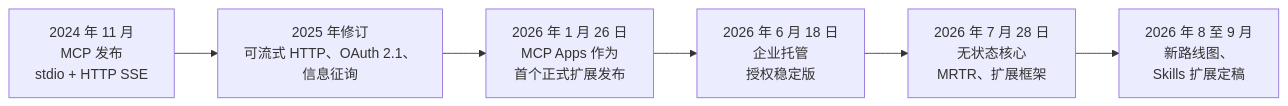
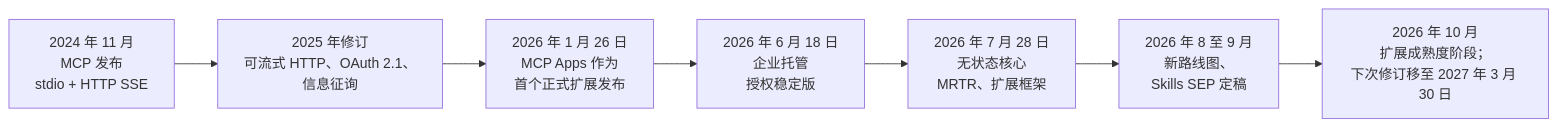
Before and after one commit to ChiHoc/ai-system-design-guide-zh: the first of 5 diagrams in 07-agentic-systems/03-tool-use-and-mcp.md, drawn with Mermaid. The commit also changed other lines of this file and 112 other files, not shown here.

````diff
--- a/07-agentic-systems/03-tool-use-and-mcp.md
+++ b/07-agentic-systems/03-tool-use-and-mcp.md
@@ -137,8 +138,9 @@
 ```mermaid
 flowchart LR
     A[2024 年 11 月<br>MCP 发布<br>stdio + HTTP SSE] --> B[2025 年修订<br>可流式 HTTP、OAuth 2.1、<br>信息征询]
     B --> C[2026 年 1 月 26 日<br>MCP Apps 作为<br>首个正式扩展发布]
     C --> D[2026 年 6 月 18 日<br>企业托管<br>授权稳定版]
     D --> E[2026 年 7 月 28 日<br>无状态核心<br>MRTR、扩展框架]
-    E --> F[2026 年 8 至 9 月<br>新路线图、<br>Skills 扩展定稿]
+    E --> F[2026 年 8 至 9 月<br>新路线图、<br>Skills SEP 定稿]
+    F --> G[2026 年 10 月<br>扩展成熟度阶段；<br>下次修订移至 2027 年 3 月 30 日]
 ```
````
